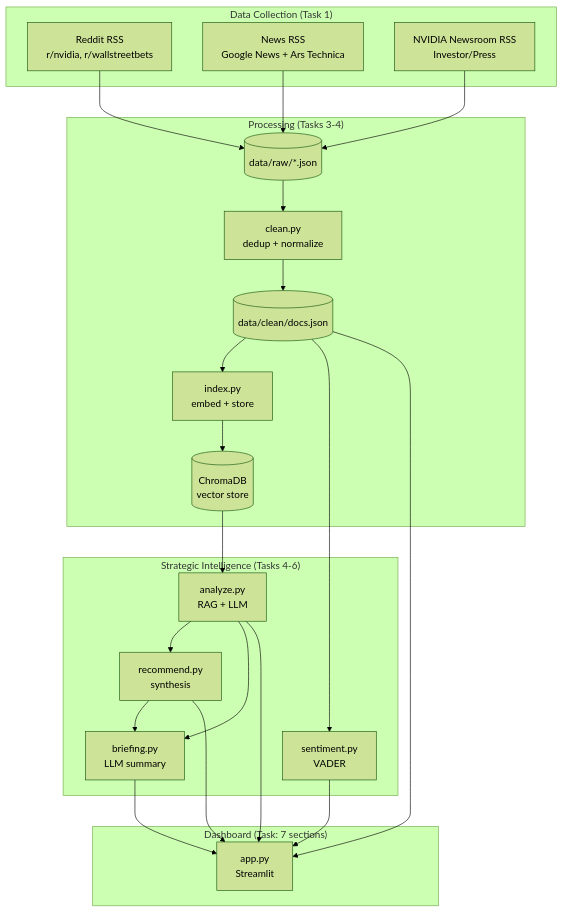
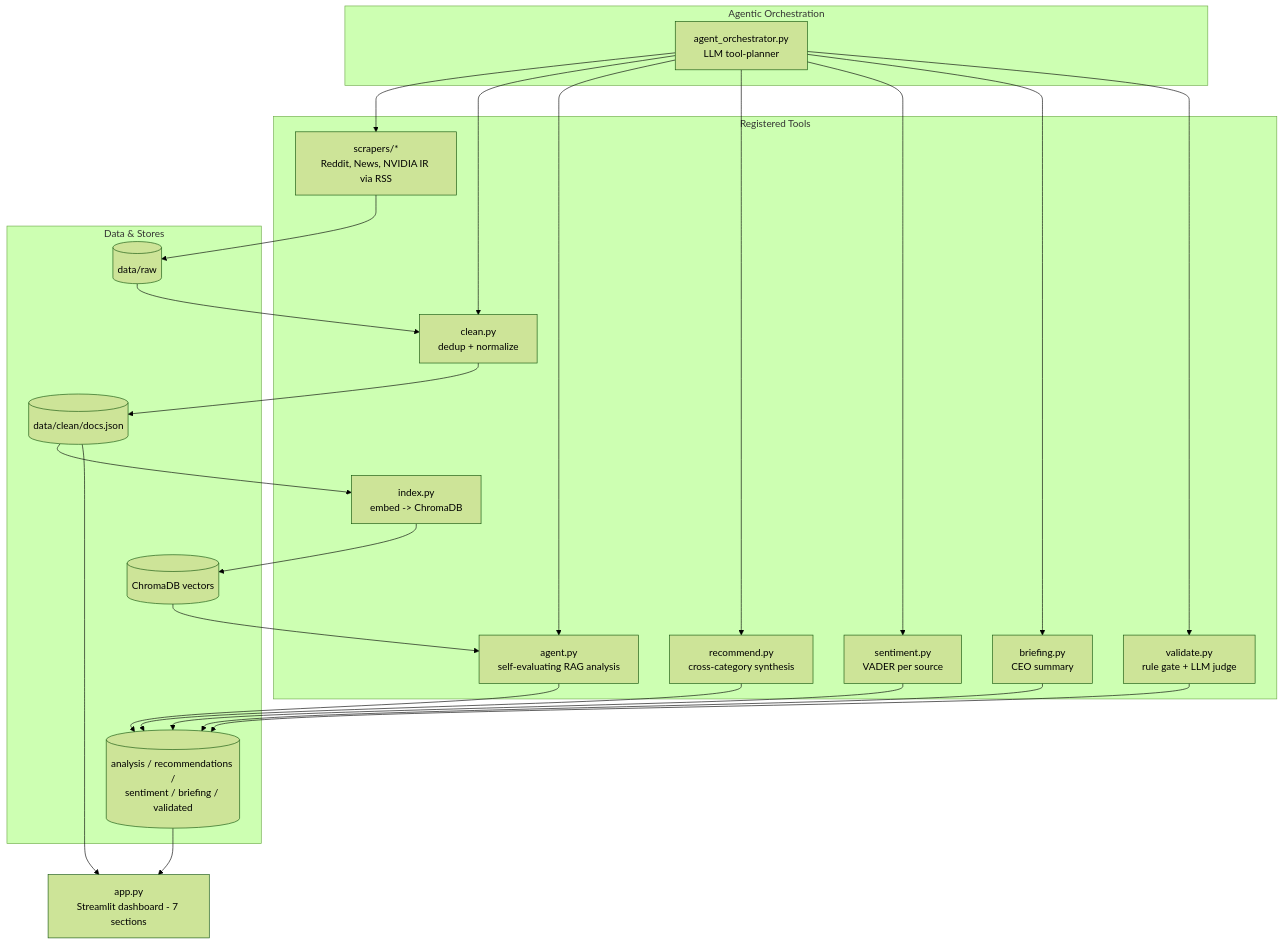
Before and after one commit to Prajwal-BasavarajS/Strategic-Intelligence-Agent-NLP: the second of 3 diagrams in README.md, drawn with Mermaid (forest theme). The commit also changed other lines of this file, not shown here.

````diff
--- a/README.md
+++ b/README.md
@@ -14,42 +84,38 @@
 ```mermaid
 graph TD
-    subgraph Collection["Data Collection (Task 1)"]
-        R[Reddit RSS<br/>r/nvidia, r/wallstreetbets]
-        N[News RSS<br/>Google News + Ars Technica]
-        I[NVIDIA Newsroom RSS<br/>Investor/Press]
+    subgraph Orchestration["Agentic Orchestration"]
+        ORCH[agent_orchestrator.py<br/>LLM tool-planner]
     end
 
-    subgraph Processing["Processing (Tasks 3-4)"]
-        RAW[(data/raw/*.json)]
+    subgraph Tools["Registered Tools"]
+        SCR[scrapers/*<br/>Reddit, News, NVIDIA IR via RSS]
         CLEAN[clean.py<br/>dedup + normalize]
-        CDOCS[(data/clean/docs.json)]
-        IDX[index.py<br/>embed + store]
-        VDB[(ChromaDB<br/>vector store)]
+        IDX[index.py<br/>embed -> ChromaDB]
+        AGENT[agent.py<br/>self-evaluating RAG analysis]
+        REC[recommend.py<br/>cross-category synthesis]
+        SENT[sentiment.py<br/>VADER per source]
+        BRIEF[briefing.py<br/>CEO summary]
+        VAL[validate.py<br/>rule gate + LLM judge]
     end
 
-    subgraph Intelligence["Strategic Intelligence (Tasks 4-6)"]
-        AN[analyze.py<br/>RAG + LLM]
-        REC[recommend.py<br/>synthesis]
-        SENT[sentiment.py<br/>VADER]
-        BRIEF[briefing.py<br/>LLM summary]
+    subgraph Stores["Data & Stores"]
+        RAW[(data/raw)]
+        CLEANJSON[(data/clean/docs.json)]
+        VDB[(ChromaDB vectors)]
+        OUT[(analysis / recommendations /<br/>sentiment / briefing / validated)]
     end
 
-    subgraph Presentation["Dashboard (Task: 7 sections)"]
-        APP[app.py<br/>Streamlit]
-    end
+    APP[app.py<br/>Streamlit dashboard - 7 sections]
 
-    R --> RAW
-    N --> RAW
-    I --> RAW
-    RAW --> CLEAN --> CDOCS --> IDX --> VDB
-    CDOCS --> SENT
-    VDB --> AN
-    AN --> REC
-    AN --> BRIEF
-    REC --> BRIEF
-    AN --> APP
-    REC --> APP
-    SENT --> APP
-    BRIEF --> APP
-    CDOCS --> APP
+    ORCH --> SCR --> RAW
+    ORCH --> CLEAN
+    RAW --> CLEAN --> CLEANJSON --> IDX --> VDB
+    ORCH --> AGENT
+    VDB --> AGENT --> OUT
+    ORCH --> REC --> OUT
+    ORCH --> SENT --> OUT
+    ORCH --> BRIEF --> OUT
+    ORCH --> VAL --> OUT
+    OUT --> APP
+    CLEANJSON --> APP
 ```
````
